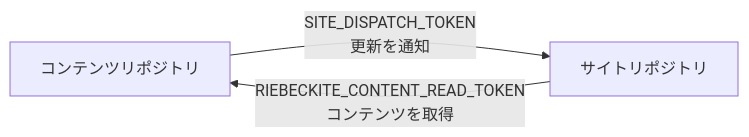
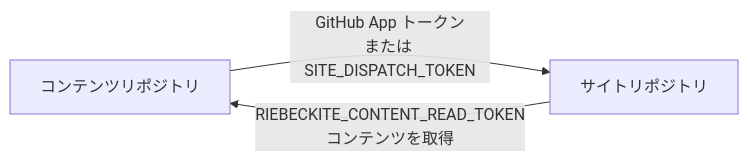
One commit to Rerurate514/riebeckite changed the fourth of 4 diagrams in docs/docs/guides/deployment/github-actions/workflow.ja.md. Above: the diagram before and after it, drawn with Mermaid. The commit also changed other lines of this file and 62 other files, not shown here.

````diff
--- a/docs/docs/guides/deployment/github-actions/workflow.ja.md
+++ b/docs/docs/guides/deployment/github-actions/workflow.ja.md
@@ -248,8 +252,8 @@
 ```mermaid id="z6g3xm"
 flowchart LR
     Content["コンテンツリポジトリ"]
     Site["サイトリポジトリ"]
 
-    Content -->|"SITE_DISPATCH_TOKEN<br/>更新を通知"| Site
+    Content -->|"GitHub App トークン<br/>または SITE_DISPATCH_TOKEN"| Site
     Site -->|"RIEBECKITE_CONTENT_READ_TOKEN<br/>コンテンツを取得"| Content
 ```
````
